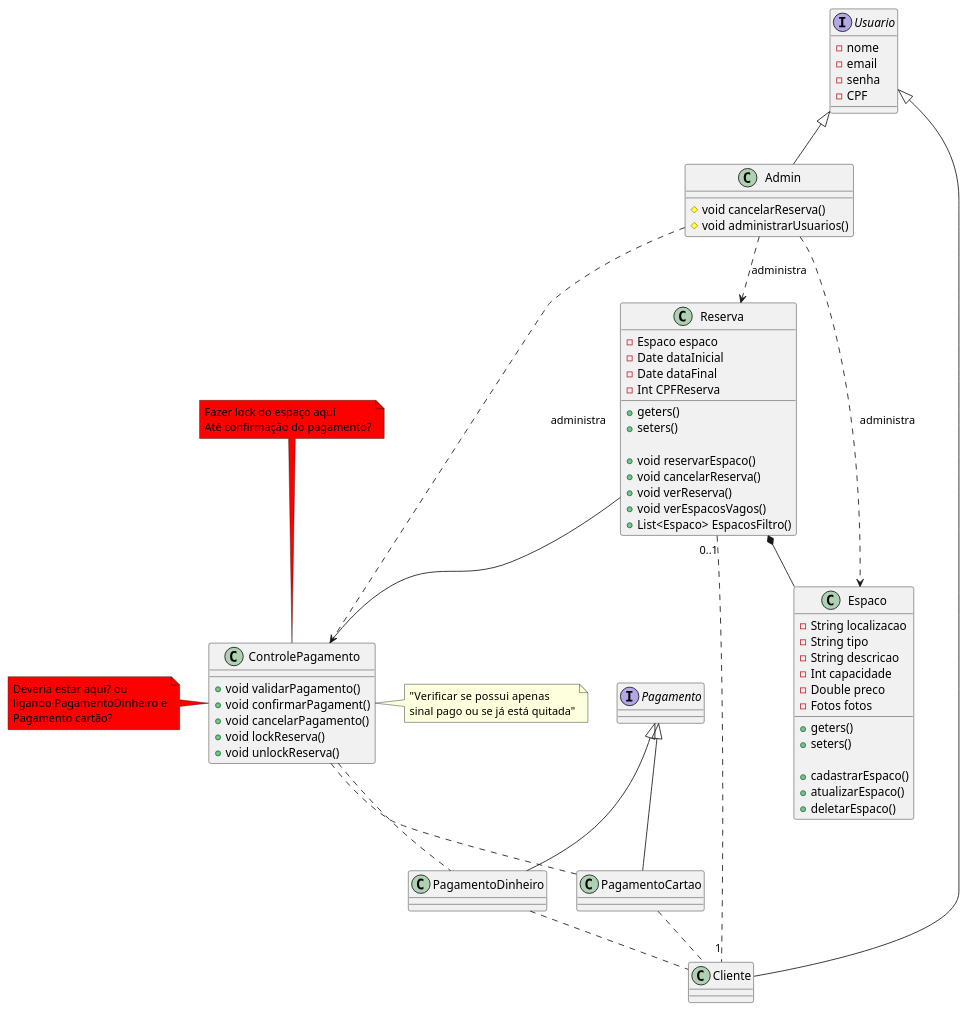
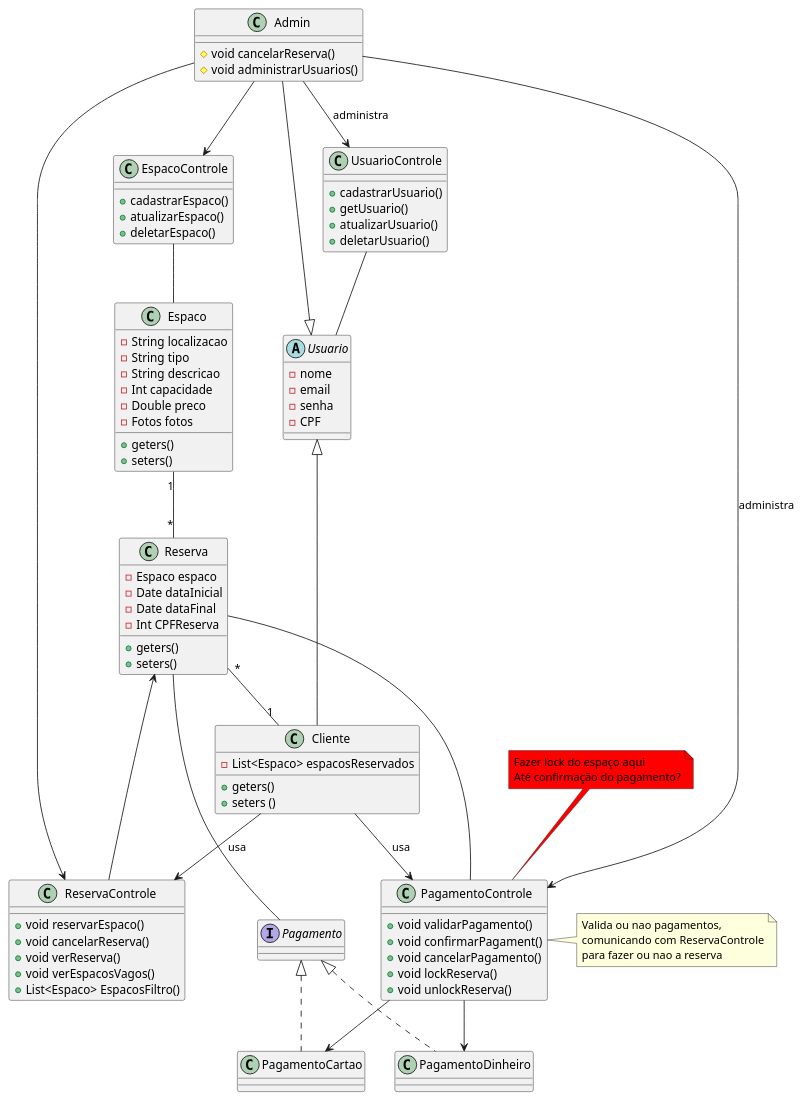
One commit to papatrock/trabalho-design changed the diagram in UML/diagrama-de-classe.pu. Above: the diagram before and after it, drawn with PlantUML. The commit also changed 1 other file, not shown here.

Commit message:
melhorias no diagrama de classes e anotações no README

```diff
--- a/UML/diagrama-de-classe.pu
+++ b/UML/diagrama-de-classe.pu
@@ -1,104 +1,120 @@
 @startuml diagrama-de-classe
 
 class Espaco {
     - String localizacao
     - String tipo
     - String descricao
     - Int capacidade
     - Double preco
     - Fotos fotos
 
     + geters()
     + seters()
+}
 
+class EspacoControle {
     + cadastrarEspaco()
     + atualizarEspaco()
     + deletarEspaco()
+
 }
 
 class Reserva {
     - Espaco espaco
     - Date dataInicial
     - Date dataFinal
     - Int CPFReserva
 
     + geters()
     + seters()
 
+}
+
+class ReservaControle {
     + void reservarEspaco()
     + void cancelarReserva()
     + void verReserva()
     + void verEspacosVagos()
     + List<Espaco> EspacosFiltro()
 }
 
 interface Pagamento {
 
 }
 
-class PagamentoCartao extends Pagamento{
+class PagamentoCartao implements Pagamento{
 
 }
 
-class PagamentoDinheiro extends Pagamento{
+class PagamentoDinheiro implements Pagamento{
 
 }
 
-class ControlePagamento {
+class PagamentoControle {
     + void validarPagamento()
     + void confirmarPagament()
     + void cancelarPagamento()
     + void lockReserva()
     + void unlockReserva()
 }
 
-note right of ControlePagamento
-    "Verificar se  possui apenas
-    sinal pago ou se já está quitada"
-end note
-
-note left of ControlePagamento #Red
-    Deveria estar aqui? ou
-    ligando PagamentoDinheiro e
-    Pagamento cartão?
-end note
-
-note top of ControlePagamento #Red
+note top of PagamentoControle #Red
     Fazer lock do espaço aqui
     Até confirmação do pagamento?
 end note
 
-interface Usuario {
+note right of PagamentoControle
+    Valida ou nao pagamentos,
+    comunicando com ReservaControle
+    para fazer ou nao a reserva
+end note
+
+abstract class Usuario {
     - nome
     - email
     - senha
     - CPF
 }
 
+class UsuarioControle {
+    + cadastrarUsuario()
+    + getUsuario()
+    + atualizarUsuario()
+    + deletarUsuario()
+}
+
 class Cliente extends Usuario{
+    - List<Espaco> espacosReservados
 
+    + geters()
+    + seters ()
 }
 
 class Admin extends Usuario{
     # void cancelarReserva()
     # void administrarUsuarios()
 }
 
+EspacoControle -- Espaco
+Espaco "1"--"*"Reserva
+
+ReservaControle --> Reserva
+Reserva -- PagamentoControle
+Reserva "*"--"1" Cliente
+Reserva -- Pagamento
+
+UsuarioControle -- Usuario
 
 
+PagamentoControle --> PagamentoDinheiro
+PagamentoControle --> PagamentoCartao
 
-Reserva *-- Espaco
-Reserva -- ControlePagamento
-PagamentoDinheiro .. Cliente
-PagamentoCartao .. Cliente
-
-ControlePagamento .. PagamentoDinheiro
-ControlePagamento .. PagamentoCartao
-
-Admin ..> Espaco :administra
-Admin ..> Reserva :administra
-Admin ..> ControlePagamento :administra
+Admin --> EspacoControle
+Admin --> ReservaControle
+Admin --> PagamentoControle :administra
+Admin --> UsuarioControle :administra
 
 
-Reserva "0..1".."1" Cliente
+Cliente --> PagamentoControle :usa
+Cliente --> ReservaControle :usa
 @enduml
```
